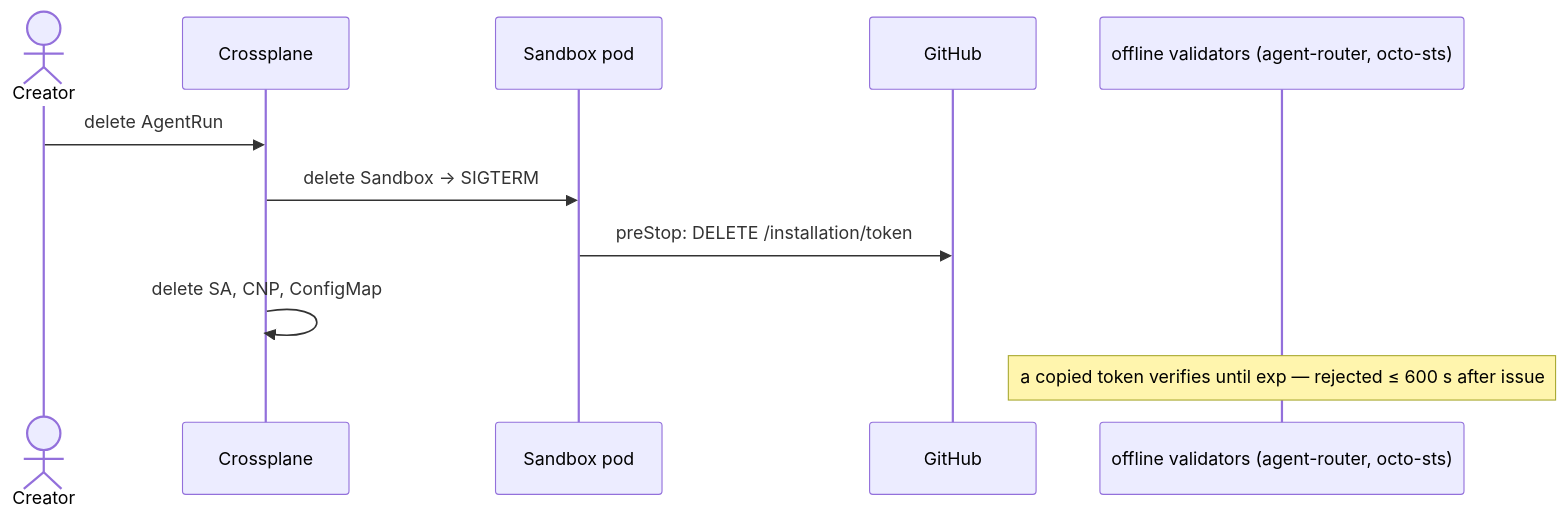
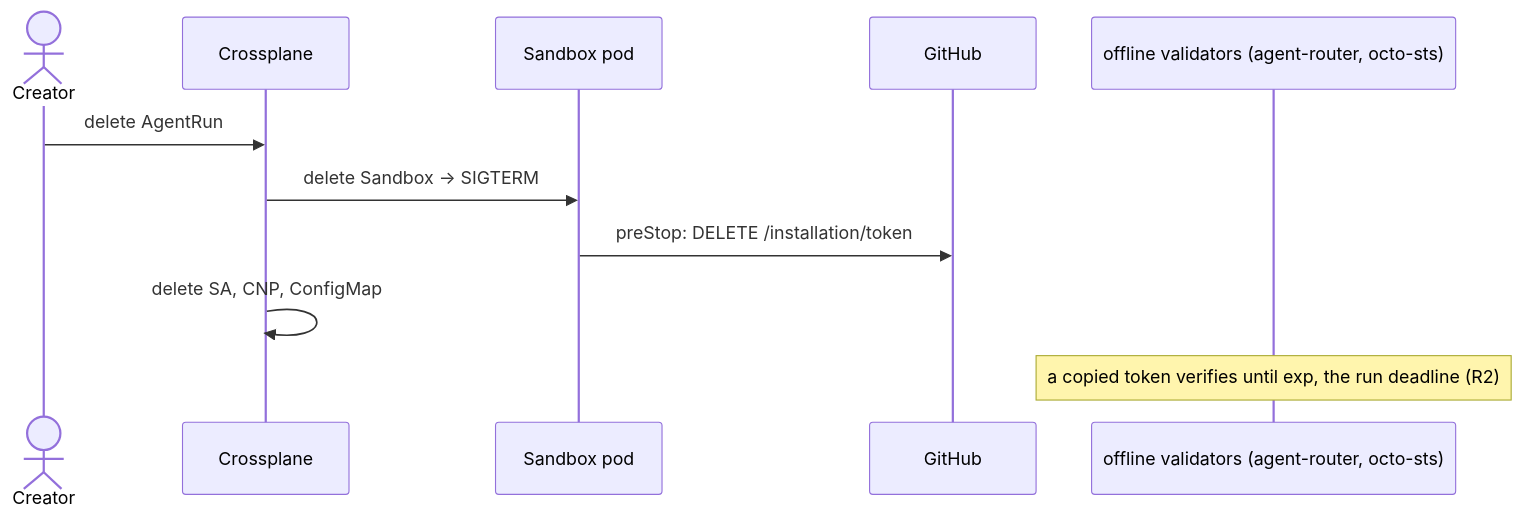
The third of 3 diagrams in docs/superpowers/specs/2026-09-23-agent-runtime-identity-design.md (Smana/cloud-native-ref), drawn with Mermaid before and after one commit. The commit also changed other lines of this file and 5 other files, not shown here.

````diff
--- a/docs/superpowers/specs/2026-09-23-agent-runtime-identity-design.md
+++ b/docs/superpowers/specs/2026-09-23-agent-runtime-identity-design.md
@@ -273,13 +284,13 @@
 ```mermaid
 sequenceDiagram
   actor C as Creator
   participant X as Crossplane
   participant Pod as Sandbox pod
   participant GH as GitHub
   participant V as offline validators (agent-router, octo-sts)
   C->>X: delete AgentRun
   X->>Pod: delete Sandbox → SIGTERM
   Pod->>GH: preStop: DELETE /installation/token
   X->>X: delete SA, CNP, ConfigMap
-  Note over V: a copied token verifies until exp — rejected ≤ 600 s after issue
+  Note over V: a copied token verifies until exp, the run deadline (R2)
 ```
````
